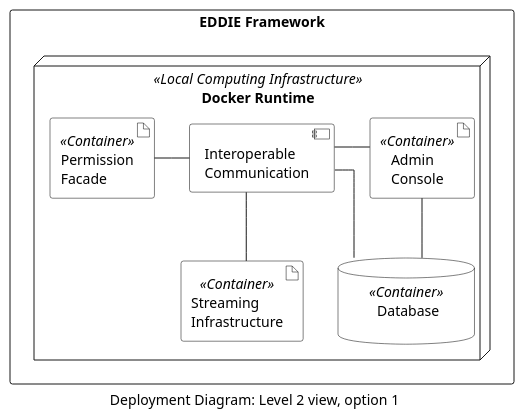
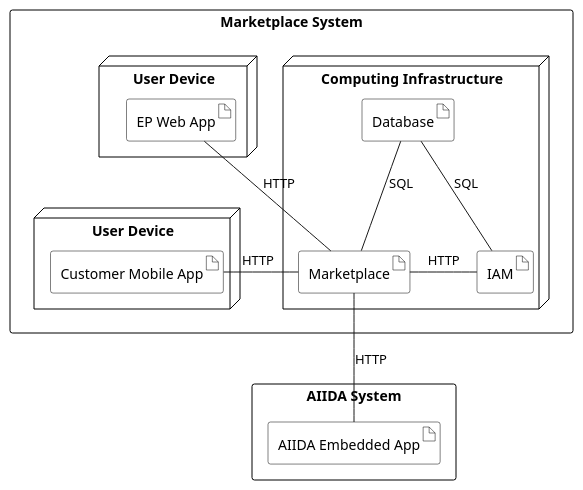
Before and after one commit to eddie-energy/architecture: the diagram in arc42/marketplace/deployment-view/figures/deployment-diagram-option-1.puml, drawn with PlantUML. The commit also changed 21 other files, not shown here.

Commit message:
Add the marketplace deployment view

```diff
--- a/arc42/marketplace/deployment-view/figures/deployment-diagram-option-1.puml
+++ b/arc42/marketplace/deployment-view/figures/deployment-diagram-option-1.puml
@@ -1,42 +1,48 @@
-@startuml deployment-diagram-option-1
-'deployment diagram
-caption Deployment Diagram: Level 2 view, option 1
+@startuml deployment-diagram-marketplace
 
-skinparam linetype ortho
-skinparam interface {
-  backgroundColor transparent
-  borderColor black
-}
+' skinparam linetype ortho
 skinparam artifact{
   BorderColor black
   BackgroundColor transparent
 }
-skinparam component{
+skinparam rectangle{
   BorderColor black
   BackgroundColor transparent
 }
-skinparam actor{
-  BorderColor black
-  BackgroundColor transparent
-}
-skinparam database{
+skinparam node{
   BorderColor black
   BackgroundColor transparent
 }
 
-rectangle "EDDIE Framework" {
-  node "Docker Runtime" <<Local Computing Infrastructure>> as local {    
-    artifact "Permission\nFacade" <<Container>> as consentFacade
-    component "Interoperable\nCommunication" as comm
-    artifact "Admin\nConsole" <<Container>> as adminConsole
-    artifact "Streaming\nInfrastructure" <<Container>> as broker
-    database "\tDatabase\t\n" <<Container>> as database
+rectangle "Marketplace System" {
+  node "Computing Infrastructure" as local {    
+    artifact "Marketplace" as marketplace
+    artifact "Database" as database
+    artifact "IAM" as iam
+
+    database -down- marketplace : SQL
+    marketplace -right- iam : HTTP
+    database -right- iam : SQL
   }
+node "User Device" as cust {
+    artifact "Customer Mobile App" as customer
 }
-  consentFacade -right- comm
-  adminConsole -left- comm
-  comm -down- broker
-  comm -down- database
-  adminConsole -down- database 
+node "User Device" as elpa {
+    artifact "EP Web App" as ep
+}
+ep -down[hidden]- customer
+}
+
+rectangle "AIIDA System" {
+  artifact "AIIDA Embedded App" as aiida
+}
+
+
+ep -right- marketplace : HTTP
+customer -right- marketplace : "HTTP  "
+
+marketplace -down- aiida : HTTP
+
+
   
 @enduml
```
